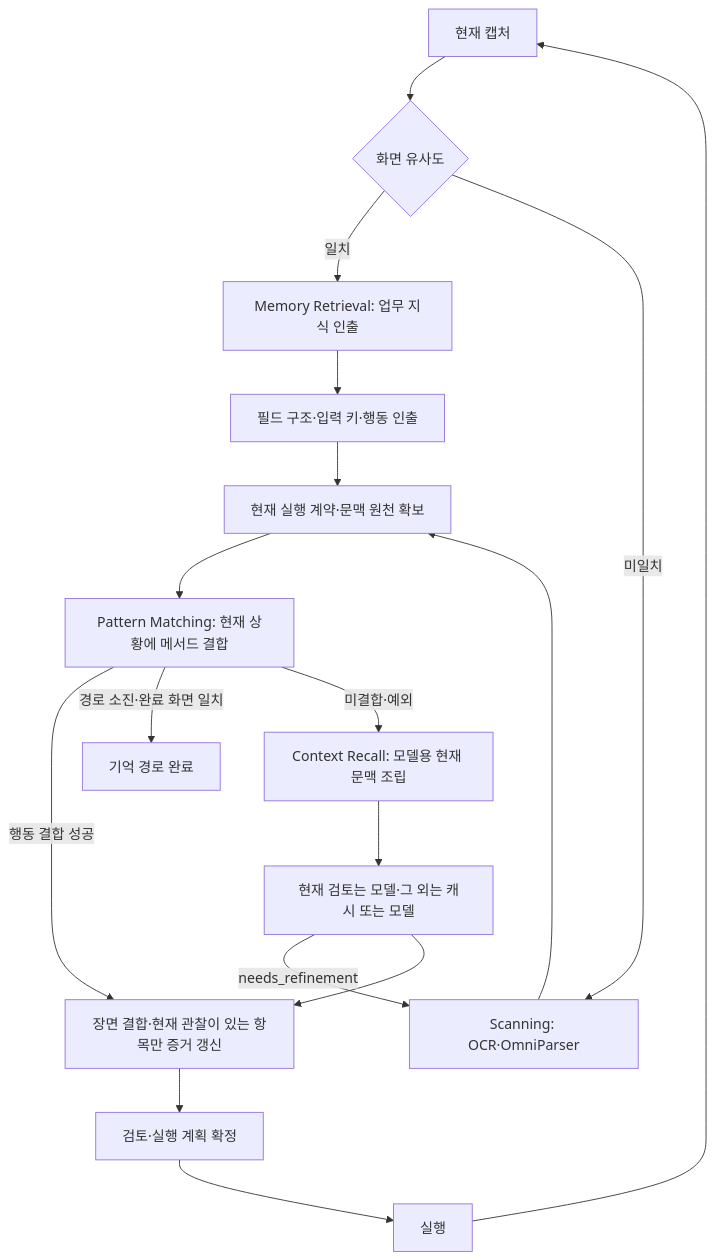
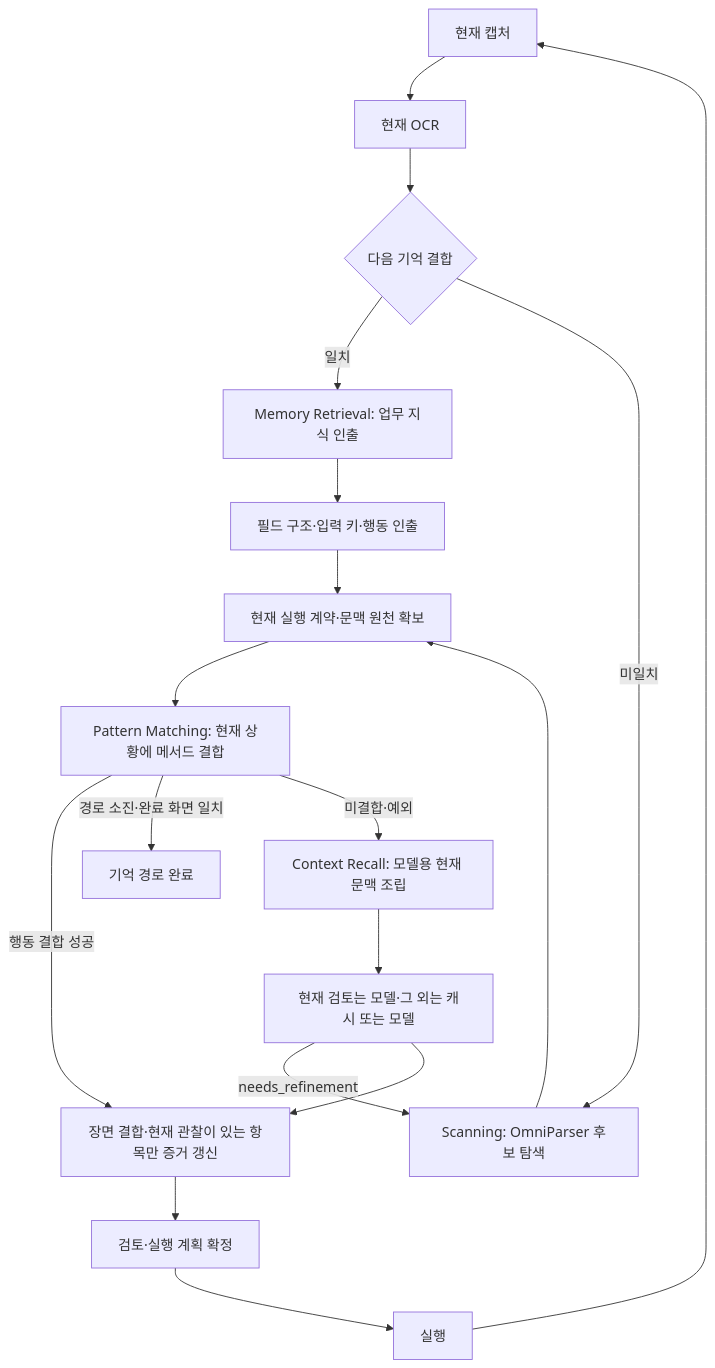
Before and after one commit to Dreamtreeme/agent-sawon: the diagram in docs/runtime-terminology.md, drawn with Mermaid. The commit also changed other lines of this file and 10 other files, not shown here.

````diff
--- a/docs/runtime-terminology.md
+++ b/docs/runtime-terminology.md
@@ -27,20 +27,21 @@
 ```mermaid
 flowchart TD
-    CAP[현재 캡처] --> SIM{화면 유사도}
+    CAP[현재 캡처] --> TEXT[현재 OCR]
+    TEXT --> SIM{다음 기억 결합}
     SIM -->|일치| MEM[Memory Retrieval: 업무 지식 인출]
-    SIM -->|미일치| SCAN[Scanning: OCR·OmniParser]
+    SIM -->|미일치| SCAN[Scanning: OmniParser 후보 탐색]
     MEM --> STRUCTURE[필드 구조·입력 키·행동 인출]
     STRUCTURE --> STATE[현재 실행 계약·문맥 원천 확보]
     SCAN --> STATE
     STATE --> PAT[Pattern Matching: 현재 상황에 메서드 결합]
     PAT -->|행동 결합 성공| BIND
     PAT -->|경로 소진·완료 화면 일치| FINISH[기억 경로 완료]
     PAT -->|미결합·예외| CTX
     CTX[Context Recall: 모델용 현재 문맥 조립]
     CTX --> DEC[현재 검토는 모델·그 외는 캐시 또는 모델]
     DEC -->|needs_refinement| SCAN
     DEC --> BIND[장면 결합·현재 관찰이 있는 항목만 증거 갱신]
     BIND --> REVIEW[검토·실행 계획 확정]
     REVIEW --> ACT[실행]
     ACT --> CAP
 ```
````
